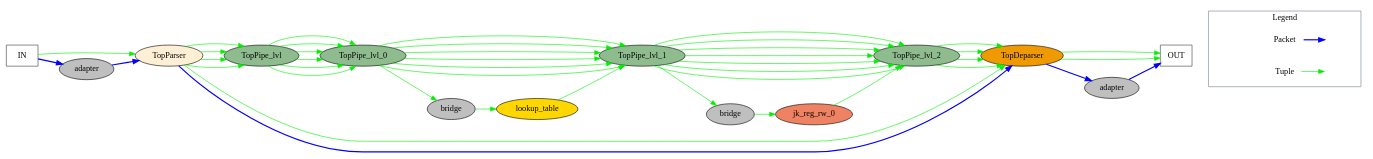
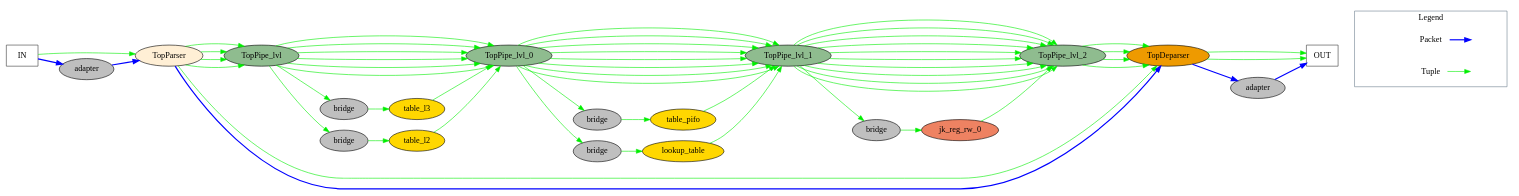
One commit to multip4/MultiSwitch changed the diagram in targets/p4-netfpga-scheduler/vivado_projects/switch_calc_pifo/nf_sume_sdnet_ip/SimpleSumeSwitch/SimpleSumeSwitch_0.dot. Above: the diagram before and after it, drawn with Graphviz. The commit also changed 1767 other files, not shown here.

```diff
--- a/targets/p4-netfpga-scheduler/vivado_projects/switch_calc_pifo/nf_sume_sdnet_ip/SimpleSumeSwitch/SimpleSumeSwitch_0.dot
+++ b/targets/p4-netfpga-scheduler/vivado_projects/switch_calc_pifo/nf_sume_sdnet_ip/SimpleSumeSwitch/SimpleSumeSwitch_0.dot
@@ -1,81 +1,101 @@
 digraph SimpleSumeSwitch {
 rankdir = LR;
 _IN_[label = "IN", shape=box, color = gray24,  fontname="times:italic"  ];
 _OUT_[label = "OUT", shape=box, color = gray24,  fontname="times:italic"  ];
 TopParser[style = filled, fillcolor = papayawhip ];
 TopPipe_lvl[style = filled, fillcolor = darkseagreen ];
+table_l3[style = filled, fillcolor = gold ];
+table_l2[style = filled, fillcolor = gold ];
 TopPipe_lvl_0[style = filled, fillcolor = darkseagreen ];
+table_pifo[style = filled, fillcolor = gold ];
 lookup_table[style = filled, fillcolor = gold ];
 TopPipe_lvl_1[style = filled, fillcolor = darkseagreen ];
 jk_reg_rw_0[style = filled, fillcolor = salmon2 ];
 TopPipe_lvl_2[style = filled, fillcolor = darkseagreen ];
 TopDeparser[style = filled, fillcolor = orange2 ];
+S_BRIDGER_for_table_l3_tuple_in_request[label = "bridge", style = filled, fillcolor=gray75 ];
+S_BRIDGER_for_table_l2_tuple_in_request[label = "bridge", style = filled, fillcolor=gray75 ];
+S_BRIDGER_for_table_pifo_tuple_in_request[label = "bridge", style = filled, fillcolor=gray75 ];
 S_BRIDGER_for_lookup_table_tuple_in_request[label = "bridge", style = filled, fillcolor=gray75 ];
 S_BRIDGER_for_jk_reg_rw_0_tuple_in_jk_reg_rw_input[label = "bridge", style = filled, fillcolor=gray75 ];
 S_PROTOCOL_ADAPTER_INGRESS[label = "adapter", style = filled, fillcolor=gray75 ];
 S_PROTOCOL_ADAPTER_EGRESS[label = "adapter", style = filled, fillcolor=gray75 ];
 TopPipe_lvl -> TopPipe_lvl_0 [color=green2] ;
 TopPipe_lvl -> TopPipe_lvl_0 [color=green2] ;
 TopPipe_lvl -> TopPipe_lvl_0 [color=green2] ;
 TopPipe_lvl -> TopPipe_lvl_0 [color=green2] ;
 TopPipe_lvl -> TopPipe_lvl_0 [color=green2] ;
 TopPipe_lvl -> TopPipe_lvl_0 [color=green2] ;
+TopPipe_lvl -> S_BRIDGER_for_table_l3_tuple_in_request [color=green2] ;
+S_BRIDGER_for_table_l3_tuple_in_request -> table_l3 [color=green2] ;
+TopPipe_lvl -> S_BRIDGER_for_table_l2_tuple_in_request [color=green2] ;
+S_BRIDGER_for_table_l2_tuple_in_request -> table_l2 [color=green2] ;
+table_l3 -> TopPipe_lvl_0 [color=green2] ;
+table_l2 -> TopPipe_lvl_0 [color=green2] ;
 TopPipe_lvl_0 -> TopPipe_lvl_1 [color=green2] ;
 TopPipe_lvl_0 -> TopPipe_lvl_1 [color=green2] ;
 TopPipe_lvl_0 -> TopPipe_lvl_1 [color=green2] ;
 TopPipe_lvl_0 -> TopPipe_lvl_1 [color=green2] ;
 TopPipe_lvl_0 -> TopPipe_lvl_1 [color=green2] ;
 TopPipe_lvl_0 -> TopPipe_lvl_1 [color=green2] ;
+TopPipe_lvl_0 -> TopPipe_lvl_1 [color=green2] ;
+TopPipe_lvl_0 -> TopPipe_lvl_1 [color=green2] ;
+TopPipe_lvl_0 -> S_BRIDGER_for_table_pifo_tuple_in_request [color=green2] ;
+S_BRIDGER_for_table_pifo_tuple_in_request -> table_pifo [color=green2] ;
 TopPipe_lvl_0 -> S_BRIDGER_for_lookup_table_tuple_in_request [color=green2] ;
 S_BRIDGER_for_lookup_table_tuple_in_request -> lookup_table [color=green2] ;
+table_pifo -> TopPipe_lvl_1 [color=green2] ;
 lookup_table -> TopPipe_lvl_1 [color=green2] ;
+TopPipe_lvl_1 -> TopPipe_lvl_2 [color=green2] ;
+TopPipe_lvl_1 -> TopPipe_lvl_2 [color=green2] ;
+TopPipe_lvl_1 -> TopPipe_lvl_2 [color=green2] ;
 TopPipe_lvl_1 -> TopPipe_lvl_2 [color=green2] ;
 TopPipe_lvl_1 -> TopPipe_lvl_2 [color=green2] ;
 TopPipe_lvl_1 -> TopPipe_lvl_2 [color=green2] ;
 TopPipe_lvl_1 -> TopPipe_lvl_2 [color=green2] ;
 TopPipe_lvl_1 -> TopPipe_lvl_2 [color=green2] ;
 TopPipe_lvl_1 -> TopPipe_lvl_2 [color=green2] ;
 TopPipe_lvl_1 -> TopPipe_lvl_2 [color=green2] ;
 TopPipe_lvl_1 -> S_BRIDGER_for_jk_reg_rw_0_tuple_in_jk_reg_rw_input [color=green2] ;
 S_BRIDGER_for_jk_reg_rw_0_tuple_in_jk_reg_rw_input -> jk_reg_rw_0 [color=green2] ;
 jk_reg_rw_0 -> TopPipe_lvl_2 [color=green2] ;
 TopParser -> TopPipe_lvl [color=green2] ;
 TopPipe_lvl_2 -> TopDeparser [color=green2] ;
 TopParser -> TopPipe_lvl [color=green2] ;
 TopPipe_lvl_2 -> TopDeparser [color=green2] ;
 TopParser -> TopPipe_lvl [color=green2] ;
 TopPipe_lvl_2 -> TopDeparser [color=green2] ;
 TopDeparser -> _OUT_ [color=green2] ;
 _IN_ -> TopParser [color=green2] ;
 TopParser -> TopPipe_lvl [color=green2] ;
 TopPipe_lvl_2 -> TopDeparser [color=green2] ;
 TopDeparser -> _OUT_ [color=green2] ;
 _IN_ -> S_PROTOCOL_ADAPTER_INGRESS [color=blue, style = bold] ;
 S_PROTOCOL_ADAPTER_INGRESS -> TopParser [color=blue, style = bold] ;
 TopParser -> TopDeparser [color=blue, style = bold] ;
 TopDeparser -> S_PROTOCOL_ADAPTER_EGRESS [color=blue, style = bold] ;
 S_PROTOCOL_ADAPTER_EGRESS -> _OUT_ [color=blue, style = bold] ;
 TopParser -> TopDeparser [color=green2] ;
 subgraph cluster_0 { 
     node [shape=plaintext];
     
     k3 [label = "Tuple" ];
     k2 [label = "Packet" ];
 
     d2 [label = "" ];
     d3 [label = "" ];
 
     anchor [label = "" ];
     
     anchor -> k2 [style=invis];
     anchor -> k3 [style=invis];  
     
     k2 -> d2 [color=blue, style=bold];
     k3 -> d3 [color=green2];
     
     label = "Legend"; fontname="times:bold";
     color=SlateGray
 }
 _OUT_ -> anchor [style=invis];
 
 }
```
